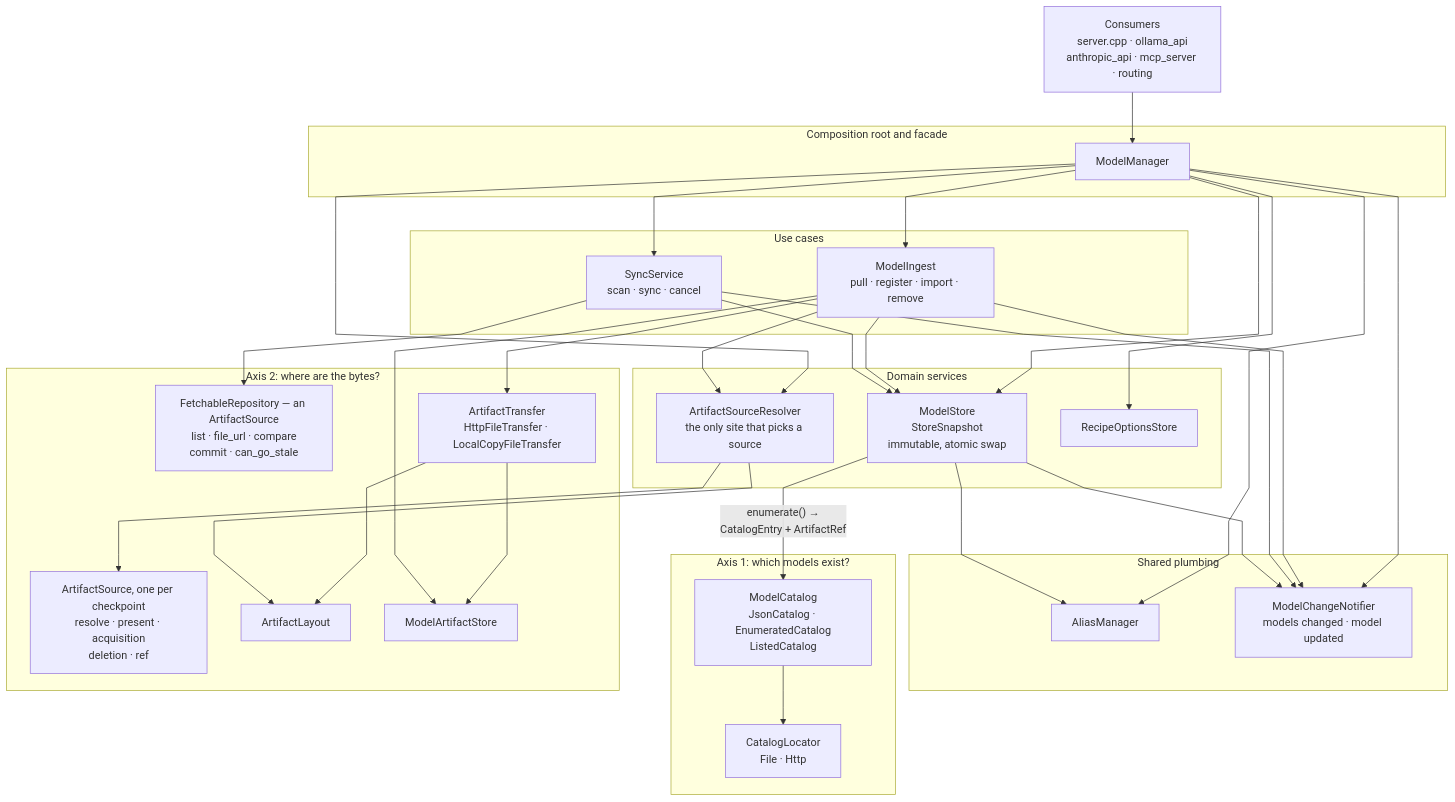
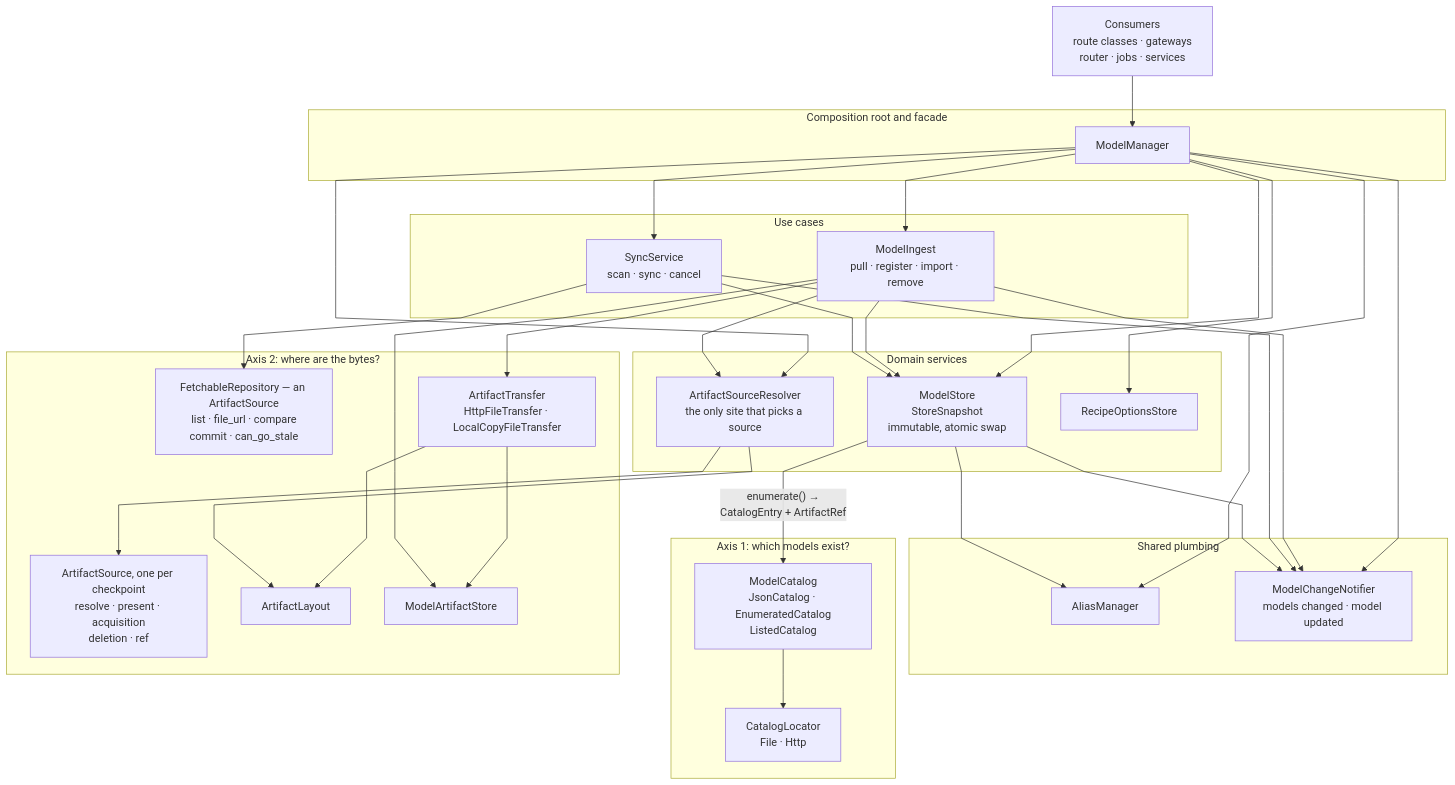
One commit to lemonade-sdk/lemonade changed the diagram in docs/dev/specs/model-management.md. Above: the diagram before and after it, drawn with Mermaid. The commit also changed other lines of this file, not shown here.

First line of the commit message:
docs: the spec names the consumers that exist after the merge

````diff
--- a/docs/dev/specs/model-management.md
+++ b/docs/dev/specs/model-management.md
@@ -72,63 +72,63 @@
 ```mermaid
 %%{init: {"flowchart": {"curve": "linear"}}}%%
 flowchart TD
-  CONS["Consumers<br/>server.cpp · ollama_api<br/>anthropic_api · mcp_server · routing"]
+  CONS["Consumers<br/>route classes · gateways<br/>router · jobs · services"]
 
   subgraph L1["Composition root and facade"]
     FAC["ModelManager"]
   end
 
   subgraph L2["Use cases"]
     ING["ModelIngest<br/>pull · register · import · remove"]
     SYNC["SyncService<br/>scan · sync · cancel"]
   end
 
   subgraph L3["Domain services"]
     ST["ModelStore<br/>StoreSnapshot<br/>immutable, atomic swap"]
     RES["ArtifactSourceResolver<br/>the only site that picks a source"]
     RO["RecipeOptionsStore"]
   end
 
   subgraph L4["Shared plumbing"]
     ALI["AliasManager"]
     NOT["ModelChangeNotifier<br/>models changed · model updated"]
   end
 
   subgraph A1["Axis 1: which models exist?"]
     CAT["ModelCatalog<br/>JsonCatalog · EnumeratedCatalog<br/>ListedCatalog"]
     LOC["CatalogLocator<br/>File · Http"]
     CAT --> LOC
   end
 
   subgraph A2["Axis 2: where are the bytes?"]
     AS["ArtifactSource, one per checkpoint<br/>resolve · present · acquisition<br/>deletion · ref"]
     FR["FetchableRepository — an ArtifactSource<br/>list · file_url · compare<br/>commit · can_go_stale"]
     TE["ArtifactTransfer<br/>HttpFileTransfer · LocalCopyFileTransfer"]
     LA["ArtifactLayout"]
     ART["ModelArtifactStore"]
     TE --> LA
     TE --> ART
   end
 
   CONS --> FAC
   FAC --> ING
   FAC --> SYNC
   FAC --> ST
   FAC --> RES
   FAC --> RO
   FAC --> ALI
   FAC --> NOT
   ING --> ST
   ING --> RES
   ING --> TE
   ING --> ART
   ING --> NOT
   SYNC --> ST
   SYNC --> FR
   SYNC --> NOT
   ST -->|"enumerate() →<br/>CatalogEntry + ArtifactRef"| CAT
   ST --> ALI
   ST --> NOT
   RES --> AS
   RES --> LA
 ```
````
